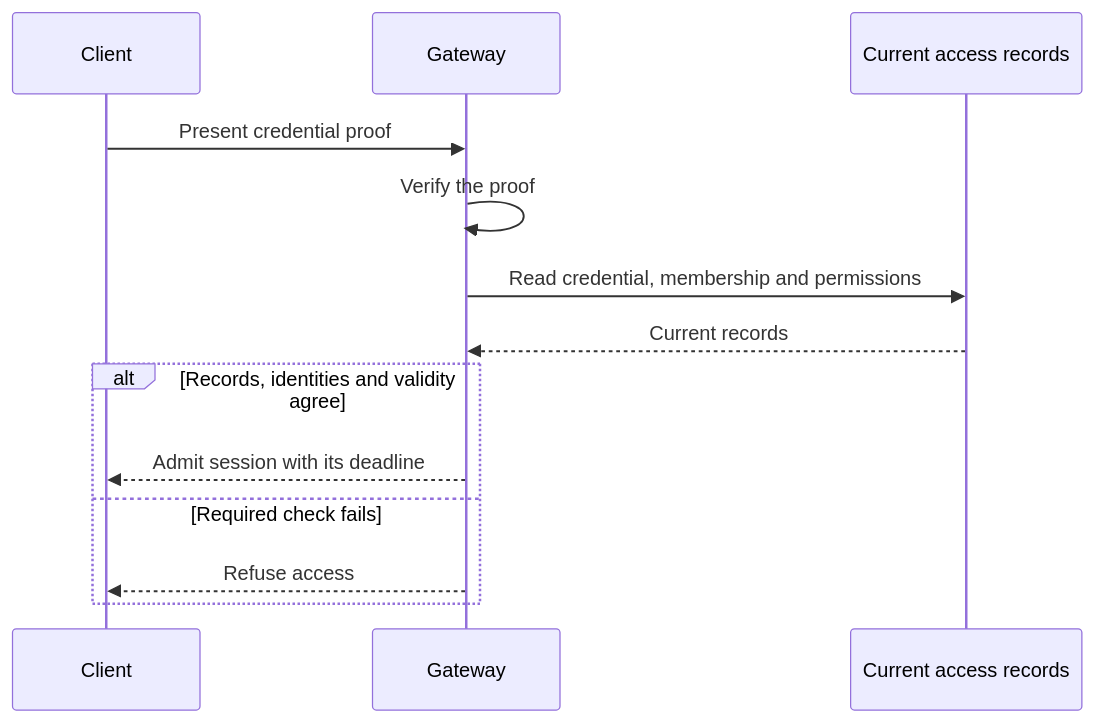
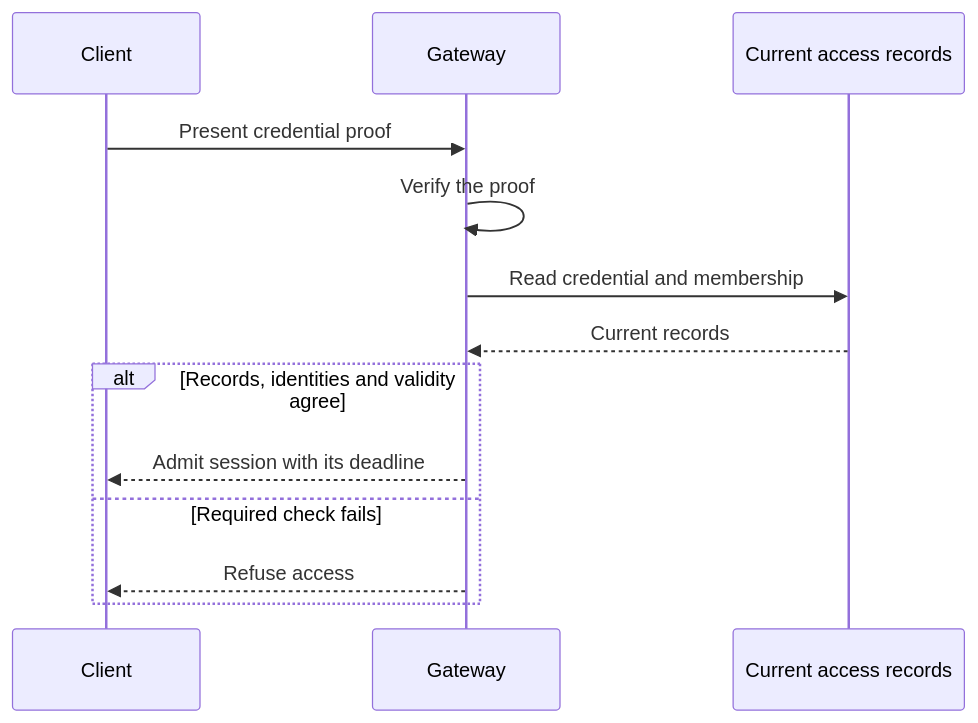
One commit to nessalabs/nessa-agent changed the second of 2 diagrams in docs/state/services/auth/auth-admission.md. Above: the diagram before and after it, drawn with Mermaid. The commit also changed 1 other file, not shown here.

Commit message:
docs: clarify sign-in and app caller access checks

````diff
--- a/docs/state/services/auth/auth-admission.md
+++ b/docs/state/services/auth/auth-admission.md
@@ -69,15 +69,15 @@
 ```mermaid
 sequenceDiagram
     participant Client
     participant Gateway
     participant Store as Current access records
     Client->>Gateway: Present credential proof
     Gateway->>Gateway: Verify the proof
-    Gateway->>Store: Read credential, membership and permissions
+    Gateway->>Store: Read credential and membership
     Store-->>Gateway: Current records
     alt Records, identities and validity agree
         Gateway-->>Client: Admit session with its deadline
     else Required check fails
         Gateway-->>Client: Refuse access
     end
 ```
````
